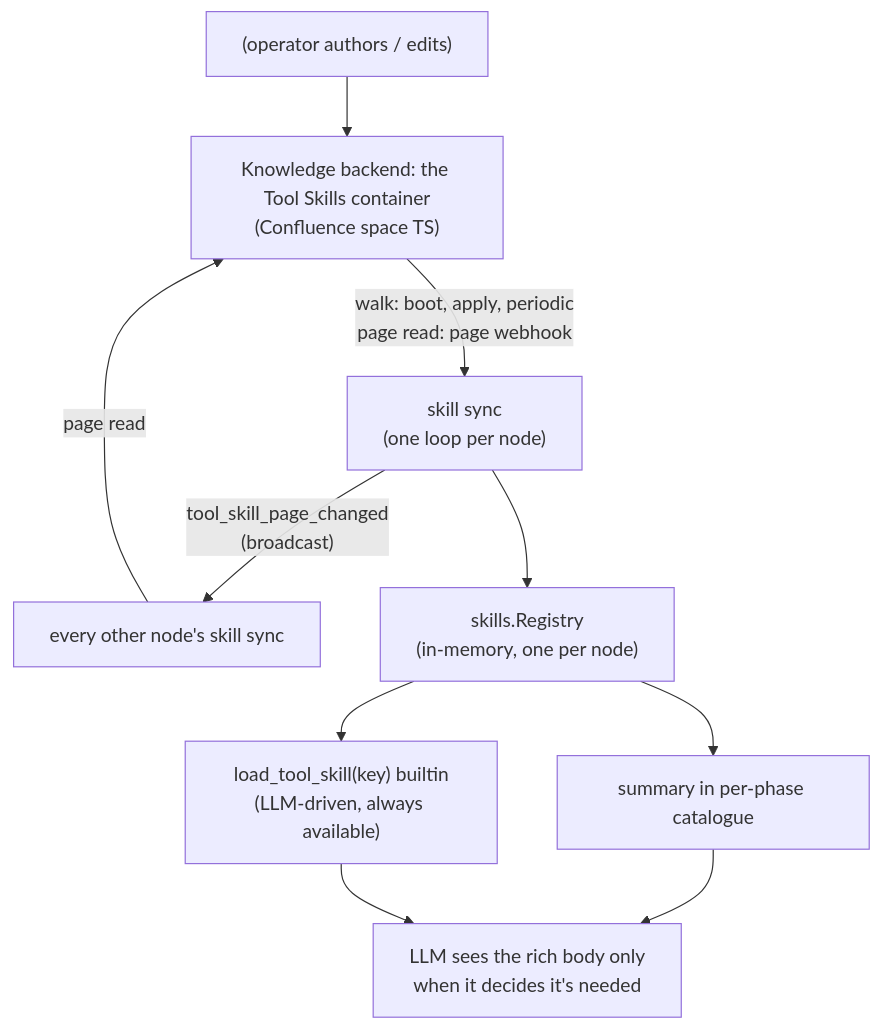
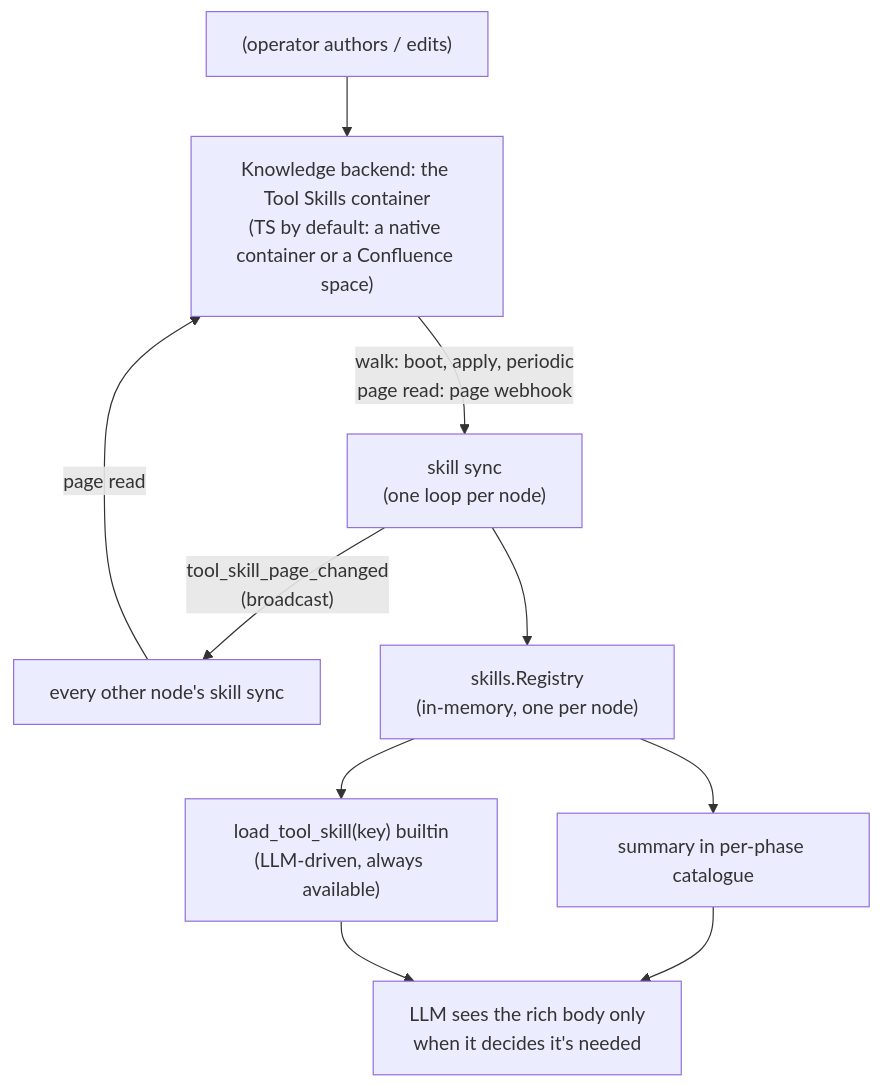
Before and after one commit to crewlet/crewlet: the diagram in docs/concepts/tool-skills.md, drawn with Mermaid. The commit also changed other lines of this file and 110 other files, not shown here.

````diff
--- a/docs/concepts/tool-skills.md
+++ b/docs/concepts/tool-skills.md
@@ -26,18 +26,18 @@
 ```mermaid
 flowchart TD
     OP["(operator authors / edits)"]
-    KB["Knowledge backend: the Tool Skills container<br/>(Confluence space TS)"]
+    KB["Knowledge backend: the Tool Skills container<br/>(TS by default: a native container or a Confluence space)"]
     SYNC["skill sync<br/>(one loop per node)"]
     PEER["every other node's skill sync"]
     REG["skills.Registry<br/>(in-memory, one per node)"]
     CAT["summary in per-phase catalogue"]
     LOAD["load_tool_skill(key) builtin<br/>(LLM-driven, always available)"]
     BODY["LLM sees the rich body only<br/>when it decides it's needed"]
     OP --> KB
     KB -->|"walk: boot, apply, periodic<br/>page read: page webhook"| SYNC
     SYNC -->|"tool_skill_page_changed<br/>(broadcast)"| PEER
     PEER -->|"page read"| KB
     SYNC --> REG
     REG --> CAT --> BODY
     REG --> LOAD --> BODY
 ```
````
